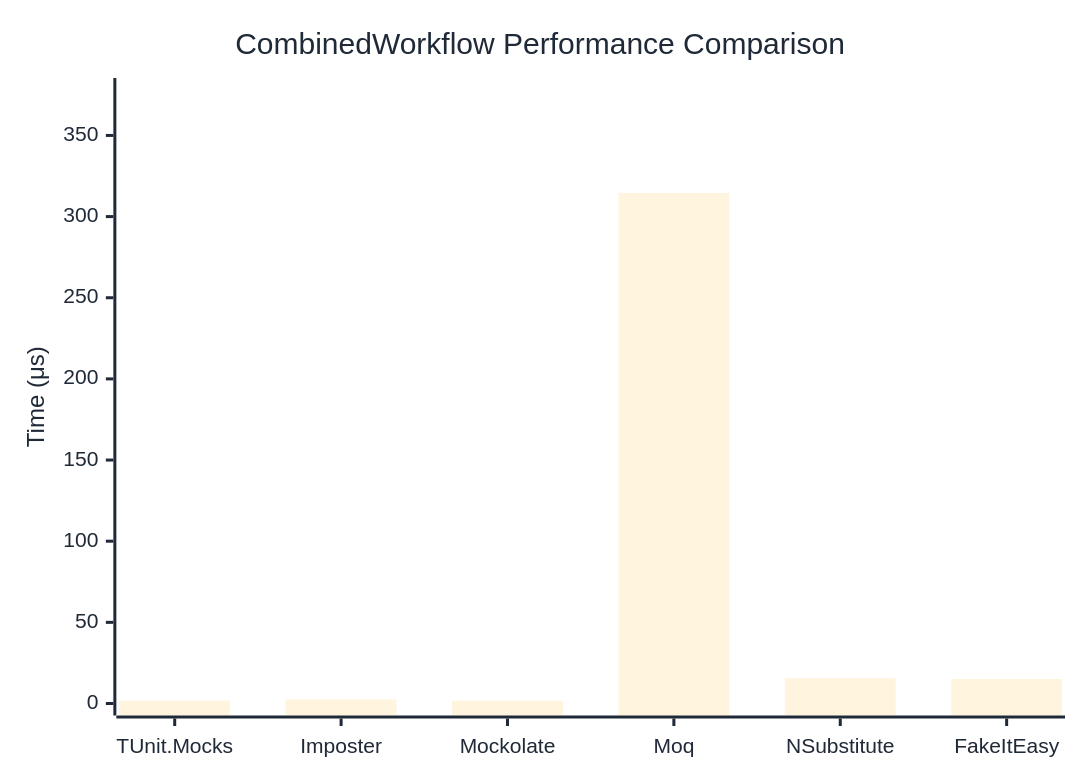
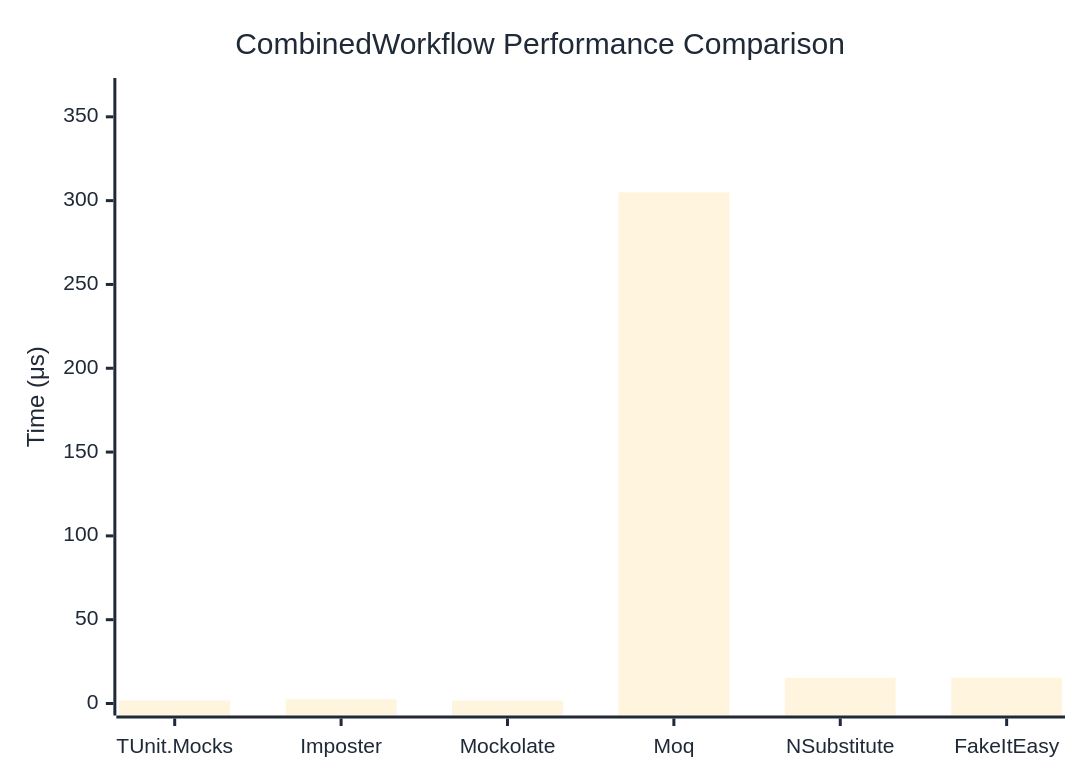
Before and after one commit to thomhurst/TUnit: the diagram in docs/docs/benchmarks/mocks/CombinedWorkflow.md, drawn with Mermaid. The commit also changed other lines of this file and 14 other files, not shown here.

````diff
--- a/docs/docs/benchmarks/mocks/CombinedWorkflow.md
+++ b/docs/docs/benchmarks/mocks/CombinedWorkflow.md
@@ -28,27 +28,27 @@
 ```mermaid
 %%{init: {
   'theme':'base',
   'themeVariables': {
     'primaryColor': '#2563eb',
     'primaryTextColor': '#1f2937',
     'primaryBorderColor': '#1e40af',
     'lineColor': '#6b7280',
     'secondaryColor': '#7c3aed',
     'tertiaryColor': '#dc2626',
     'background': '#ffffff',
     'pie1': '#2563eb',
     'pie2': '#7c3aed',
     'pie3': '#dc2626',
     'pie4': '#f59e0b',
     'pie5': '#10b981',
     'pie6': '#06b6d4',
     'pie7': '#ec4899',
     'pie8': '#6366f1'
   }
 }}%%
 xychart-beta
   title "CombinedWorkflow Performance Comparison"
   x-axis ["TUnit.Mocks", "Imposter", "Mockolate", "Moq", "NSubstitute", "FakeItEasy"]
-  y-axis "Time (μs)" 0 --> 378
-  bar [1.807, 2.504, 1.697, 314.613, 15.62, 15.114]
+  y-axis "Time (μs)" 0 --> 366
+  bar [1.811, 2.445, 1.697, 304.954, 15.209, 15.443]
 ```
````
